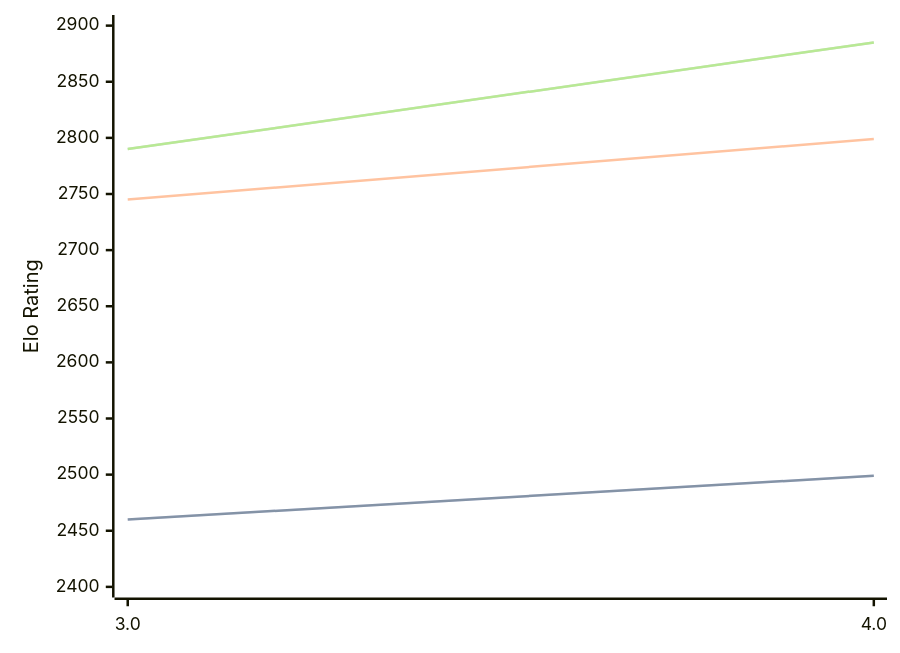
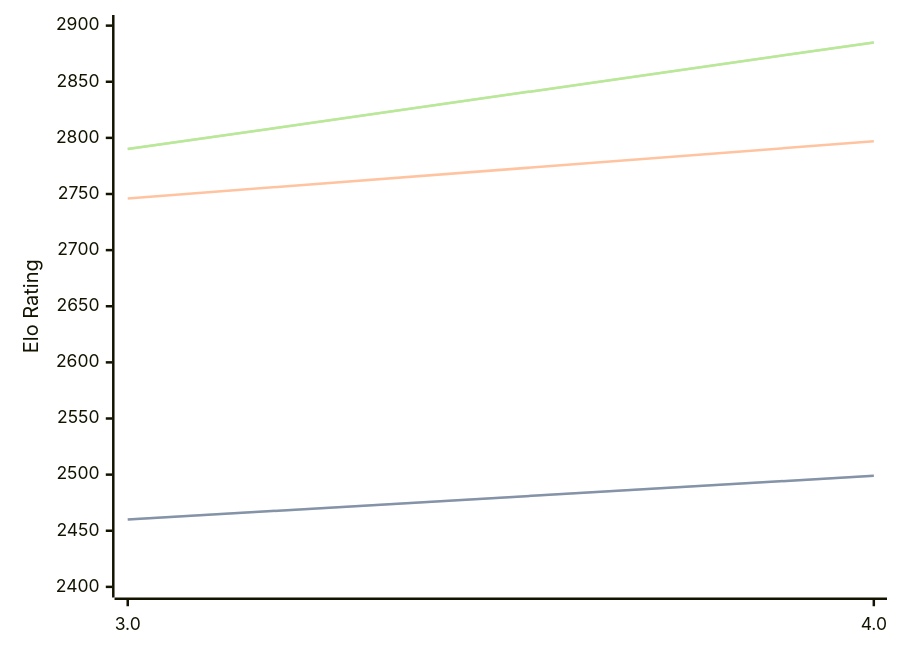
Before and after one commit to computer-chess-index/cci: the diagram in engines/Chess3.md, drawn with Mermaid. The commit also changed other lines of this file, not shown here.

````diff
--- a/engines/Chess3.md
+++ b/engines/Chess3.md
@@ -34,11 +34,11 @@
 ```mermaid
 %%{init: {"theme":"base","themeVariables":{"seriesColors:['#a3a3a3','#222221','#faa371']}}}%%
 xychart-beta
   x-axis ["3.0", "4.0"]
   y-axis "Elo Rating" 2400 --> 2900
   line "STC (8.0+0.08s)" [2460, 2499]
   line "STC (8.0+0.08s)" [2460, 2499]
-  line "LTC (60.0+0.60s)" [2745, 2799]
+  line "LTC (60.0+0.60s)" [2746, 2797]
   line "VLTC (2m24s+1.12s)" [2790, 2885]
   line "VLTC (2m24s+1.12s)" [2790, 2885]
 ```
````
